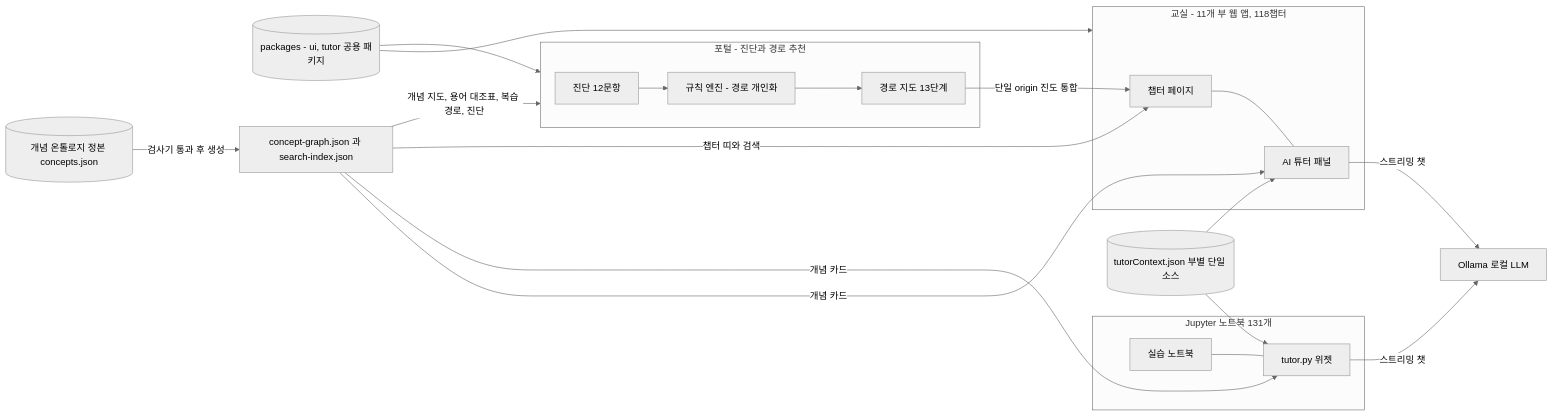
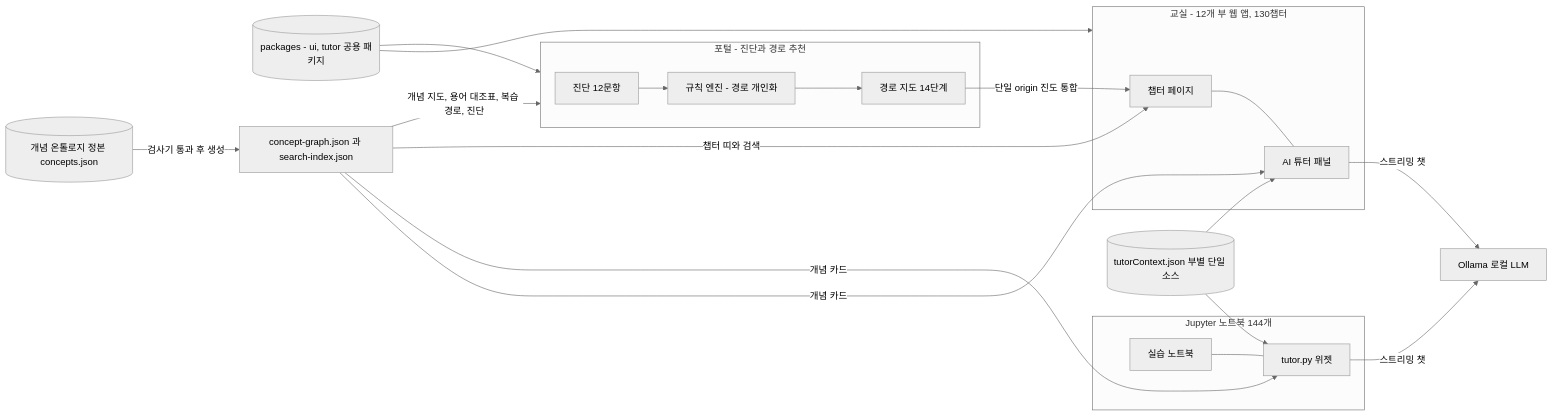
Before and after one commit to jiyupapa/math-platform: the diagram in docs/hackathon/10_spec.md, drawn with Mermaid (neutral theme). The commit also changed other lines of this file and 55 other files, not shown here.

````diff
--- a/docs/hackathon/10_spec.md
+++ b/docs/hackathon/10_spec.md
@@ -93,25 +111,25 @@
 ```mermaid
 flowchart LR
     subgraph PORTAL[포털 - 진단과 경로 추천]
         DG[진단 12문항] --> RE[규칙 엔진 - 경로 개인화]
-        RE --> MAP[경로 지도 13단계]
+        RE --> MAP[경로 지도 14단계]
     end
-    subgraph PARTS[교실 - 11개 부 웹 앱, 118챕터]
+    subgraph PARTS[교실 - 12개 부 웹 앱, 130챕터]
         CH[챕터 페이지] --- TC[AI 튜터 패널]
     end
-    subgraph NB[Jupyter 노트북 131개]
+    subgraph NB[Jupyter 노트북 144개]
         IPY[실습 노트북] --- TP[tutor.py 위젯]
     end
     UI[(packages - ui, tutor 공용 패키지)] --> PARTS
     UI --> PORTAL
     MAP -->|단일 origin 진도 통합| CH
     CTX[(tutorContext.json 부별 단일 소스)] --> TC
     CTX --> TP
     ONT[(개념 온톨로지 정본 concepts.json)] -->|검사기 통과 후 생성| GR[concept-graph.json 과 search-index.json]
     GR -->|개념 카드| TC
     GR -->|개념 카드| TP
     GR -->|챕터 띠와 검색| CH
     GR -->|개념 지도, 용어 대조표, 복습 경로, 진단| PORTAL
     TC -->|스트리밍 챗| OL[Ollama 로컬 LLM]
     TP -->|스트리밍 챗| OL
 ```
````
